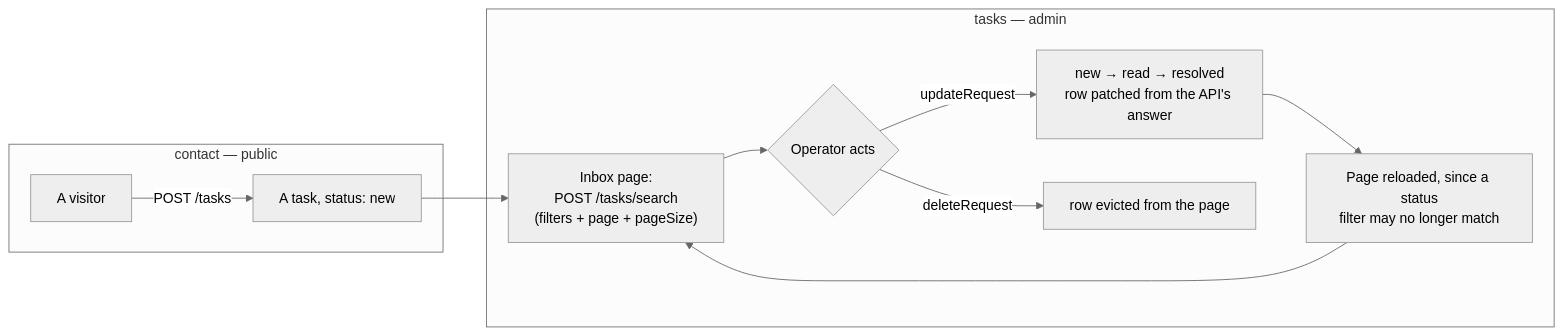
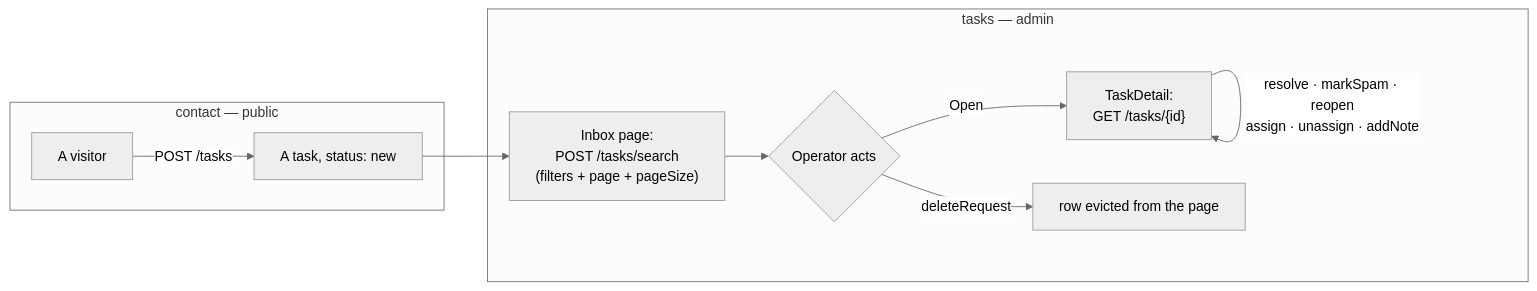
Before and after one commit to Guebbit/boilerplate-vue-frontend: the diagram in docs/modules/tasks.md, drawn with Mermaid (neutral theme). The commit also changed other lines of this file and 44 other files, not shown here.

````diff
--- a/docs/modules/tasks.md
+++ b/docs/modules/tasks.md
@@ -72,14 +73,13 @@
 ```mermaid
 flowchart LR
     subgraph public["contact — public"]
         V["A visitor"] -->|"POST /tasks"| T["A task, status: new"]
     end
     subgraph admin["tasks — admin"]
         T --> L["Inbox page:<br/>POST /tasks/search<br/>(filters + page + pageSize)"]
         L --> S{"Operator acts"}
-        S -->|"updateRequest"| P["new → read → resolved<br/>row patched from the API's answer"]
+        S -->|"Open"| TD["TaskDetail:<br/>GET /tasks/{id}"]
+        TD -->|"resolve · markSpam · reopen<br/>assign · unassign · addNote"| TD
         S -->|"deleteRequest"| D["row evicted from the page"]
-        P --> RL["Page reloaded, since a status<br/>filter may no longer match"]
-        RL --> L
     end
 ```
````
